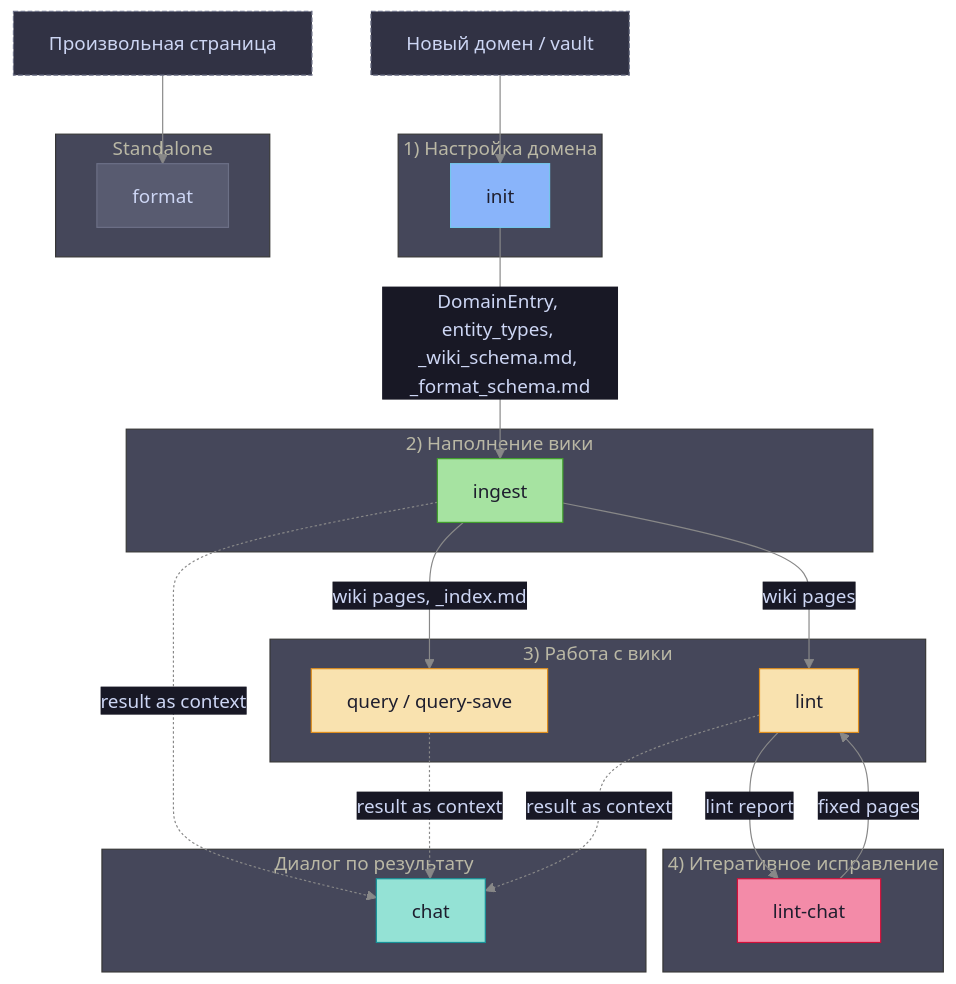
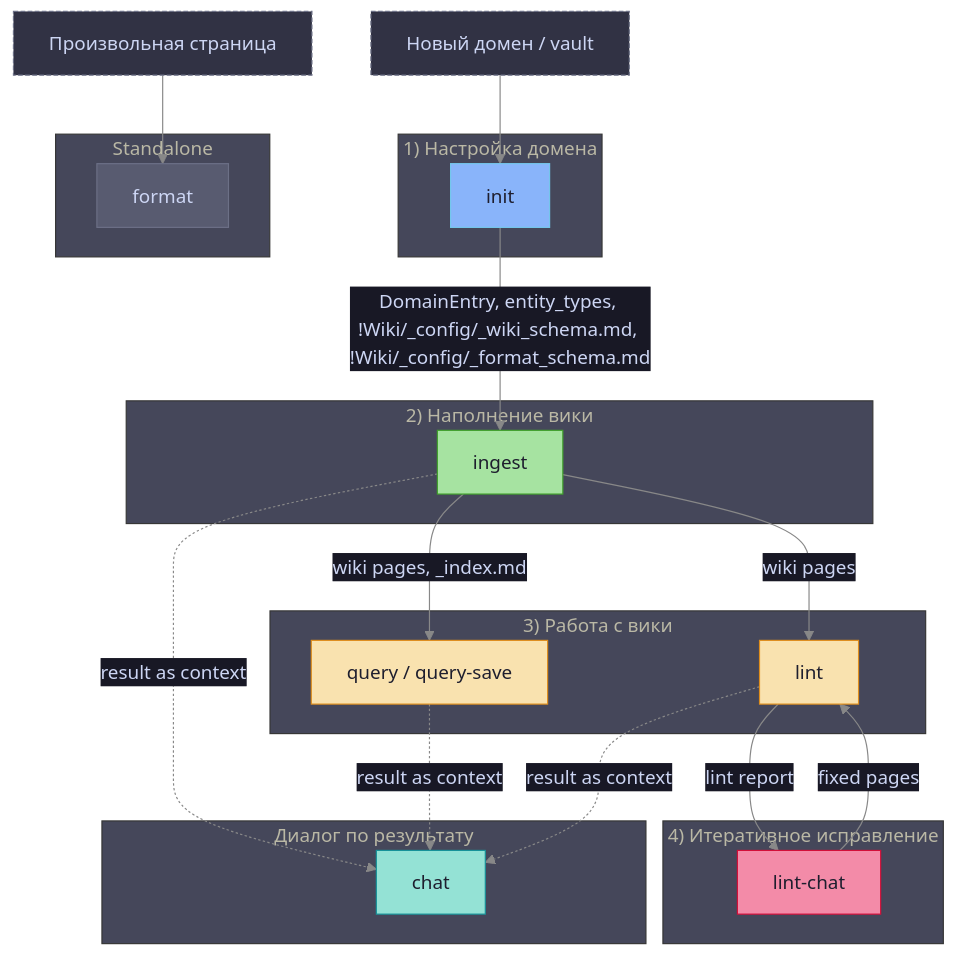
Before and after one commit to ikeniborn/obsidian-ai-wiki: the first of 5 diagrams in docs/prompt-architecture.md, drawn with Mermaid. The commit also changed other lines of this file and 1 other file, not shown here.

Commit message:
docs: update paths to _config/ layout in prompt-architecture and lat.md

````diff
--- a/docs/prompt-architecture.md
+++ b/docs/prompt-architecture.md
@@ -7,60 +7,60 @@
 ```mermaid
 %%{init: {'theme': 'base', 'themeVariables': {'background': '#1e1e2e', 'primaryColor': '#313244', 'primaryTextColor': '#cdd6f4', 'primaryBorderColor': '#89b4fa', 'lineColor': '#888888', 'secondaryColor': '#181825', 'tertiaryColor': '#45475a'}}}%%
 flowchart TD
     NEW["Новый домен / vault"]
     PAGE["Произвольная страница"]
 
     subgraph s1["1) Настройка домена"]
         INIT["init"]
     end
 
     subgraph s2["2) Наполнение вики"]
         INGEST["ingest"]
     end
 
     subgraph s3["3) Работа с вики"]
         QUERY["query / query-save"]
         LINT["lint"]
     end
 
     subgraph s4["4) Итеративное исправление"]
         LINTCHAT["lint-chat"]
     end
 
     subgraph s5["Диалог по результату"]
         CHAT["chat"]
     end
 
     subgraph s6["Standalone"]
         FORMAT["format"]
     end
 
     NEW --> INIT
-    INIT -->|"DomainEntry, entity_types, _wiki_schema.md, _format_schema.md"| INGEST
+    INIT -->|"DomainEntry, entity_types, !Wiki/_config/_wiki_schema.md, !Wiki/_config/_format_schema.md"| INGEST
     INGEST -->|"wiki pages, _index.md"| QUERY
     INGEST -->|"wiki pages"| LINT
     LINT -->|"lint report"| LINTCHAT
     LINTCHAT -->|"fixed pages"| LINT
 
     INGEST -.->|"result as context"| CHAT
     QUERY  -.->|"result as context"| CHAT
     LINT   -.->|"result as context"| CHAT
 
     PAGE --> FORMAT
 
     classDef setup   fill:#89b4fa,color:#1e1e2e,stroke:#74c7ec
     classDef fill_op fill:#a6e3a1,color:#1e1e2e,stroke:#40a02b
     classDef use_op  fill:#f9e2af,color:#1e1e2e,stroke:#df8e1d
     classDef fix_op  fill:#f38ba8,color:#1e1e2e,stroke:#d20f39
     classDef dialog  fill:#94e2d5,color:#1e1e2e,stroke:#179299
     classDef solo    fill:#585b70,color:#cdd6f4,stroke:#6c7086
     classDef input   fill:#313244,color:#cdd6f4,stroke:#6c7086,stroke-dasharray:4 2
 
     class INIT setup
     class INGEST fill_op
     class QUERY,LINT use_op
     class LINTCHAT fix_op
     class CHAT dialog
     class FORMAT solo
     class NEW,PAGE input
 ```
````
